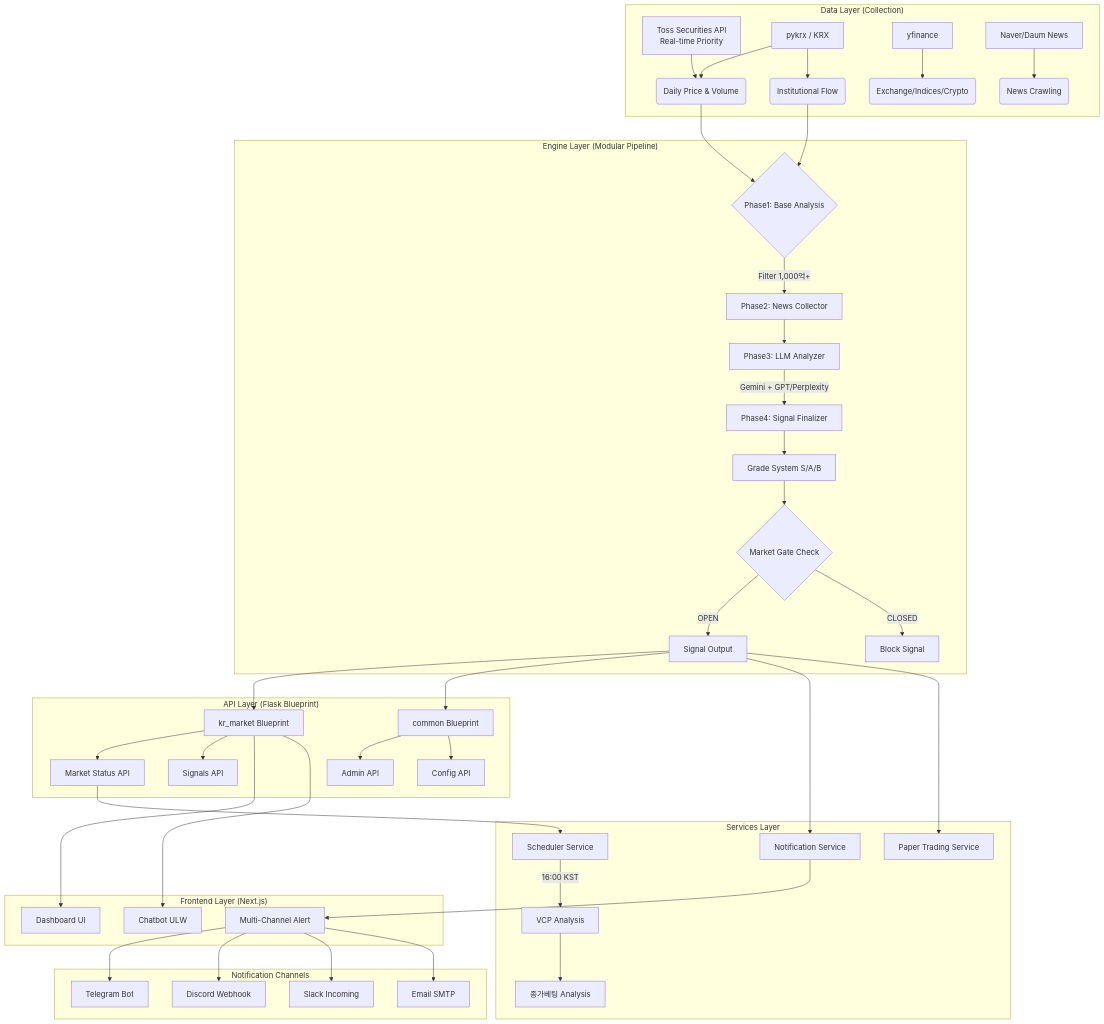
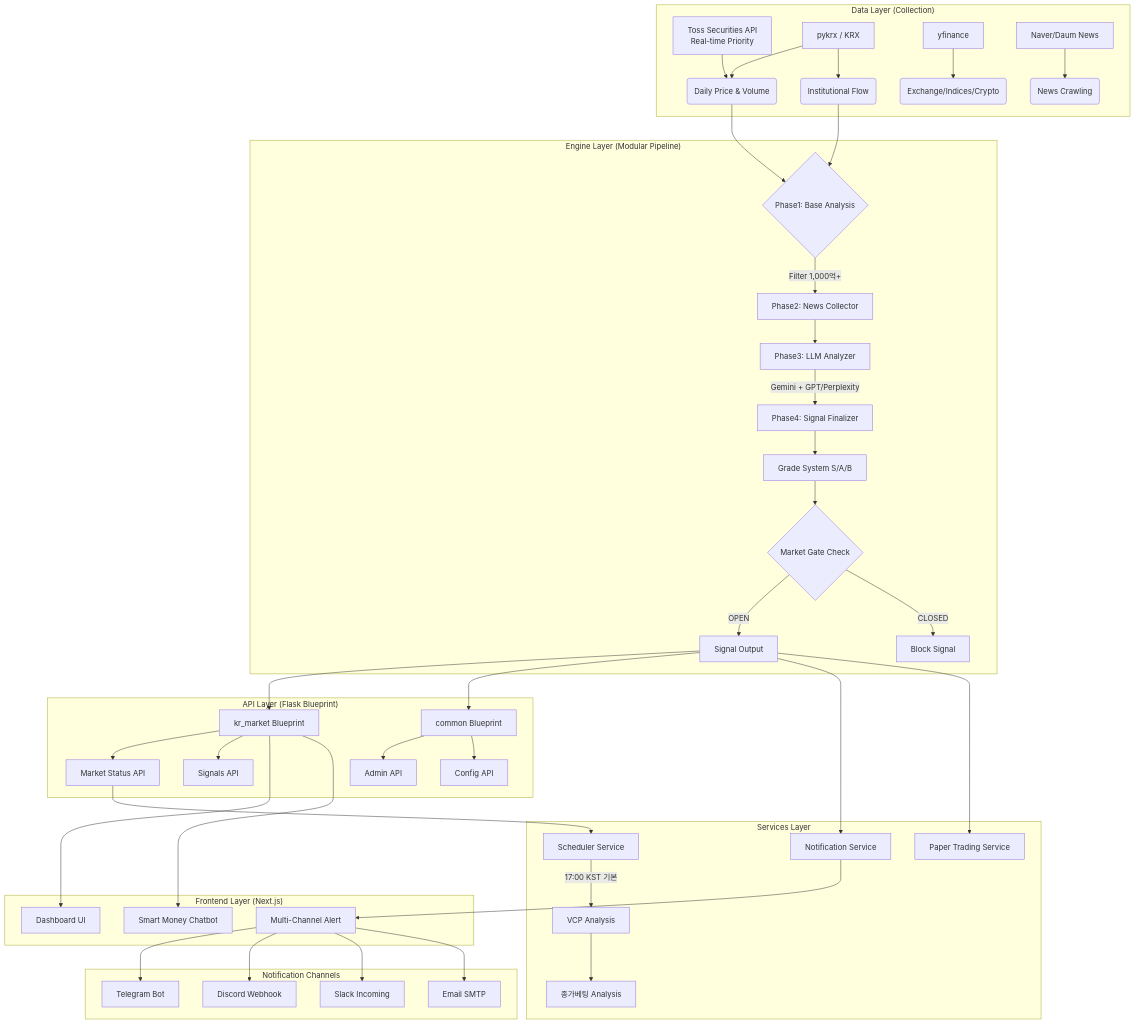
Before and after one commit to freelife1191/closing-bet-demo: the first of 6 diagrams in README.md, drawn with Mermaid. The commit also changed other lines of this file, not shown here.

````diff
--- a/README.md
+++ b/README.md
@@ -121,52 +147,52 @@
 ```mermaid
 graph TD
     subgraph "Data Layer (Collection)"
         A[Toss Securities API<br>Real-time Priority] --> B(Daily Price & Volume)
         C[pykrx / KRX] --> B
         C --> D(Institutional Flow)
         E[yfinance] --> F(Exchange/Indices/Crypto)
         G[Naver/Daum News] --> H(News Crawling)
     end
 
     subgraph "Engine Layer (Modular Pipeline)"
         B & D --> I{Phase1: Base Analysis}
         I -->|Filter 1,000억+| J[Phase2: News Collector]
         J --> K[Phase3: LLM Analyzer]
         K -->|Gemini + GPT/Perplexity| L[Phase4: Signal Finalizer]
         L --> M[Grade System S/A/B]
 
         M --> N{Market Gate Check}
         N -->|OPEN| O[Signal Output]
         N -->|CLOSED| P[Block Signal]
     end
 
     subgraph "API Layer (Flask Blueprint)"
         O --> Q[kr_market Blueprint]
         O --> R[common Blueprint]
         Q --> S[Market Status API]
         Q --> T[Signals API]
         R --> U[Admin API]
         R --> V[Config API]
     end
 
     subgraph "Services Layer"
         S --> W[Scheduler Service]
         O --> X[Notification Service]
         O --> Y[Paper Trading Service]
-        W -->|16:00 KST| AA[VCP Analysis]
+        W -->|17:00 KST 기본| AA[VCP Analysis]
         AA --> Z[종가베팅 Analysis]
     end
 
     subgraph "Frontend Layer (Next.js)"
         Q --> AB[Dashboard UI]
-        Q --> AC[Chatbot ULW]
+        Q --> AC[Smart Money Chatbot]
         X --> AD[Multi-Channel Alert]
     end
 
     subgraph "Notification Channels"
         AD --> AE[Telegram Bot]
         AD --> AF[Discord Webhook]
         AD --> AG[Slack Incoming]
         AD --> AH[Email SMTP]
     end
 ```
````
